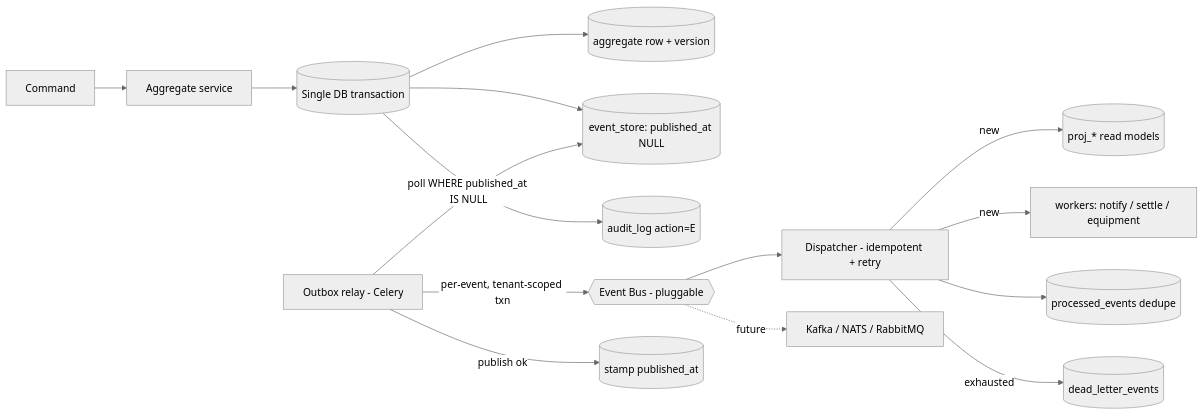
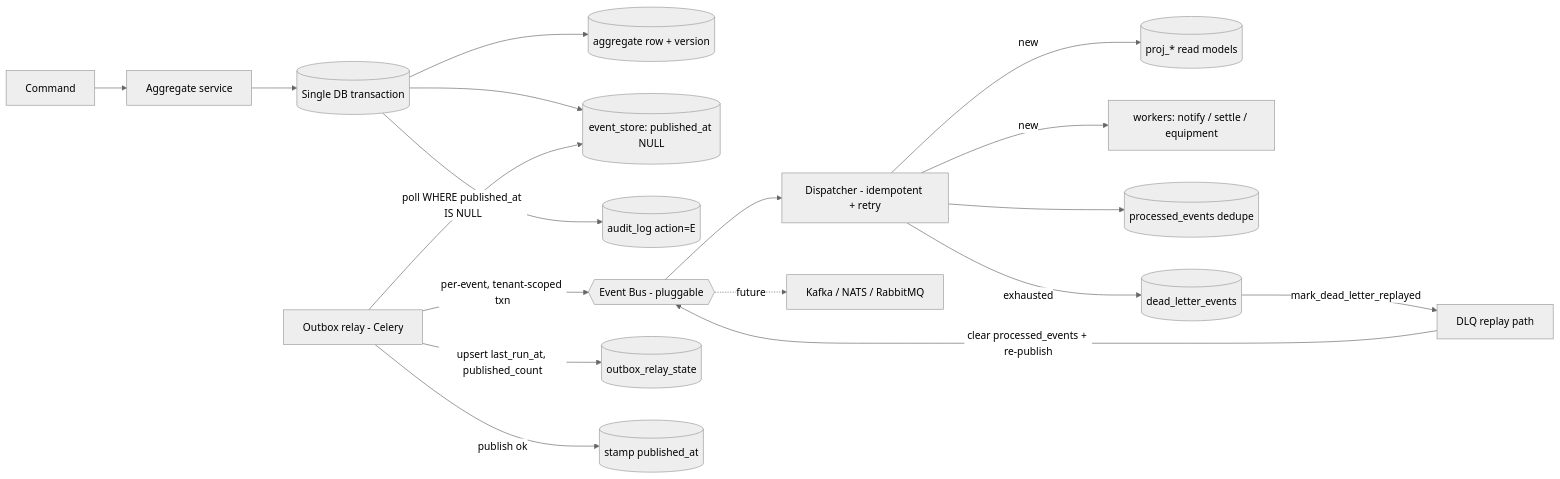
The first of 4 diagrams in docs/14-m2-event-backbone.md (azowz/Logistics_Managemnt_System), drawn with Mermaid (neutral theme) before and after one commit. The commit also changed other lines of this file and 81 other files, not shown here.

````diff
--- a/docs/14-m2-event-backbone.md
+++ b/docs/14-m2-event-backbone.md
@@ -83,17 +103,20 @@
 ```mermaid
 flowchart LR
     CMD[Command] --> SVC[Aggregate service]
     SVC --> TX[(Single DB transaction)]
     TX --> AGG[(aggregate row + version)]
     TX --> ES[(event_store: published_at NULL)]
     TX --> AUD[(audit_log action=E)]
     RELAY[Outbox relay - Celery] -->|poll WHERE published_at IS NULL| ES
     RELAY -->|per-event, tenant-scoped txn| BUS{{Event Bus - pluggable}}
+    RELAY -->|upsert last_run_at, published_count| RS[(outbox_relay_state)]
     BUS --> DISP[Dispatcher - idempotent + retry]
     DISP -->|new| PROJ[(proj_* read models)]
     DISP -->|new| WORK[workers: notify / settle / equipment]
     DISP --> PE[(processed_events dedupe)]
     DISP -->|exhausted| DLQ[(dead_letter_events)]
+    DLQ -->|mark_dead_letter_replayed| REPLAY[DLQ replay path]
+    REPLAY -->|clear processed_events + re-publish| BUS
     RELAY -->|publish ok| MP[(stamp published_at)]
     BUS -. future .-> KAFKA[Kafka / NATS / RabbitMQ]
 ```
````
